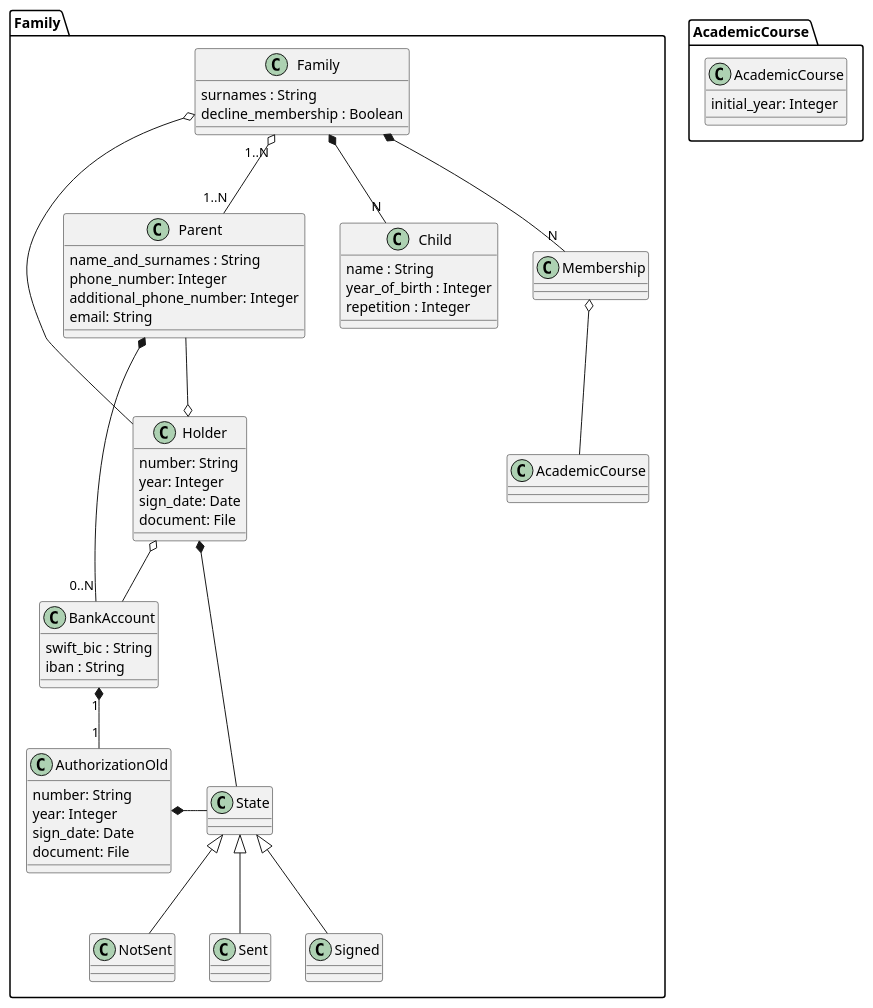
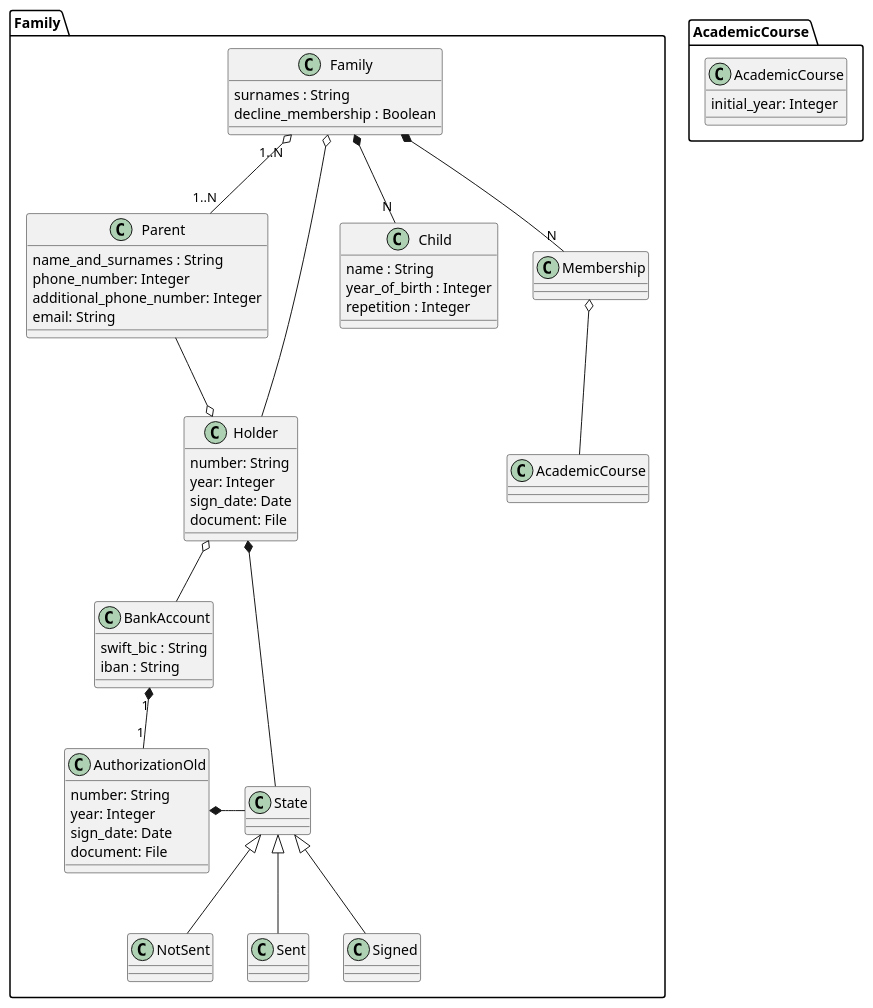
Before and after one commit to IgnacioMaestro/ampa-manager: the diagram in doc/DomainModelDiagram/FamilyPackage/FamilyPackageMigrating.puml, drawn with PlantUML. The commit also changed 13 other files, not shown here.

Commit message:
feat: remove owner from bank_account

```diff
--- a/doc/DomainModelDiagram/FamilyPackage/FamilyPackageMigrating.puml
+++ b/doc/DomainModelDiagram/FamilyPackage/FamilyPackageMigrating.puml
@@ -1,64 +1,63 @@
 @startuml
 package Family {
   class Family {
     surnames : String
     decline_membership : Boolean
   }
   class Parent {
     name_and_surnames : String
     phone_number: Integer
     additional_phone_number: Integer
     email: String
   }
   class Child {
     name : String
     year_of_birth : Integer
     repetition : Integer
   }
   class Holder {
       number: String
       year: Integer
       sign_date: Date
       document: File
   }
   class BankAccount {
     swift_bic : String
     iban : String
   }
   class AuthorizationOld {
     number: String
     year: Integer
     sign_date: Date
     document: File
   }
   class State
   class NotSent
   class Sent
   class Signed
 
   NotSent -up-|> State
   Sent -up-|> State
   Signed -up-|> State
   Holder *-right- State
   AuthorizationOld *-right- State
 
   class Membership
   Parent --o Holder: ""
   Holder o-- BankAccount
   Family o-- Holder
 
 
   Family "1..N" o-- "1..N" Parent
   Family *-- "N" Child
-  Parent *-- "0..N" BankAccount: ""
   BankAccount "1" *-- "1" AuthorizationOld
   Family *-- "N" Membership: ""
   Membership o-- AcademicCourse
 }
 
 package AcademicCourse {
   class AcademicCourse {
     initial_year: Integer
   }
 }
 @enduml
```
